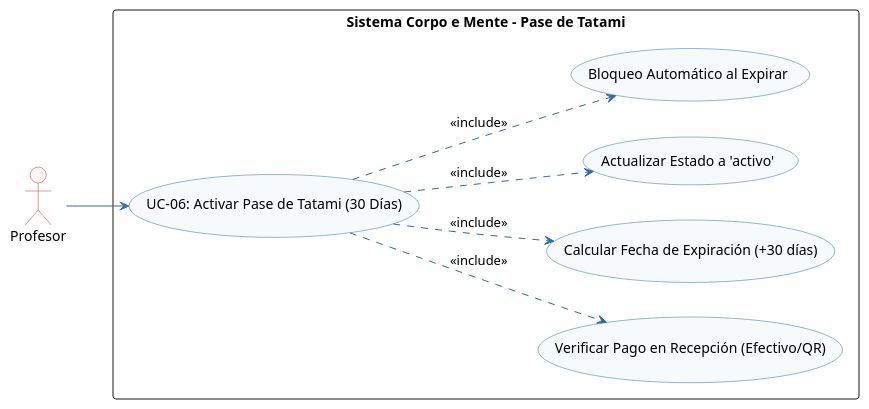
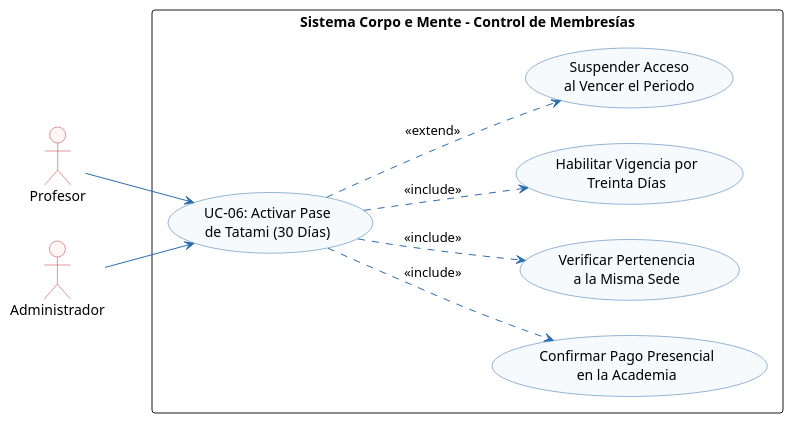
Before and after one commit to Tsmrain/JiuJitsu: diagram 22 of 37 in docs/ProyectoGrado.md, drawn with PlantUML. The commit also changed other lines of this file and 17 other files, not shown here.

````diff
--- a/docs/ProyectoGrado.md
+++ b/docs/ProyectoGrado.md
@@ -2313,40 +2229,38 @@
 ```plantuml
 @startuml
 left to right direction
-
 skinparam shadowing false
 skinparam monochrome false
 skinparam defaultFontName Arial
 skinparam roundcorner 6
 skinparam ArrowColor #2B6CB0
 skinparam ActorBorderColor #C53030
 skinparam ActorBackgroundColor #FFF5F5
 skinparam BoundaryBorderColor #2B6CB0
 skinparam BoundaryBackgroundColor #EBF8FF
 skinparam ControlBorderColor #2F855A
 skinparam ControlBackgroundColor #F0FFF4
 skinparam EntityBorderColor #D69E2E
 skinparam EntityBackgroundColor #FFFFF0
-skinparam DatabaseBorderColor #4A5568
-skinparam DatabaseBackgroundColor #EDF2F7
 skinparam UsecaseBorderColor #2B6CB0
 skinparam UsecaseBackgroundColor #F7FAFC
 
+actor "Profesor" as PR
+actor "Administrador" as AD
 
-actor "Profesor" as PR
-
-rectangle "Sistema Corpo e Mente - Pase de Tatami" {
-    usecase "UC-06: Activar Pase de Tatami (30 Días)" as UC06
-    usecase "Verificar Pago en Recepción (Efectivo/QR)" as UC06_Pay
-    usecase "Calcular Fecha de Expiración (+30 días)" as UC06_Calc
-    usecase "Actualizar Estado a 'activo'" as UC06_Act
-    usecase "Bloqueo Automático al Expirar" as UC06_Block
+rectangle "Sistema Corpo e Mente - Control de Membresías" {
+    usecase "UC-06: Activar Pase\nde Tatami (30 Días)" as UC06
+    usecase "Confirmar Pago Presencial\nen la Academia" as UC06_Pay
+    usecase "Verificar Pertenencia\na la Misma Sede" as UC06_Sede
+    usecase "Habilitar Vigencia por\nTreinta Días" as UC06_Act
+    usecase "Suspender Acceso\nal Vencer el Periodo" as UC06_Block
 }
 
 PR --> UC06
+AD --> UC06
 UC06 ..> UC06_Pay : <<include>>
-UC06 ..> UC06_Calc : <<include>>
+UC06 ..> UC06_Sede : <<include>>
 UC06 ..> UC06_Act : <<include>>
-UC06 ..> UC06_Block : <<include>>
+UC06 ..> UC06_Block : <<extend>>
 @enduml
 ```
````
